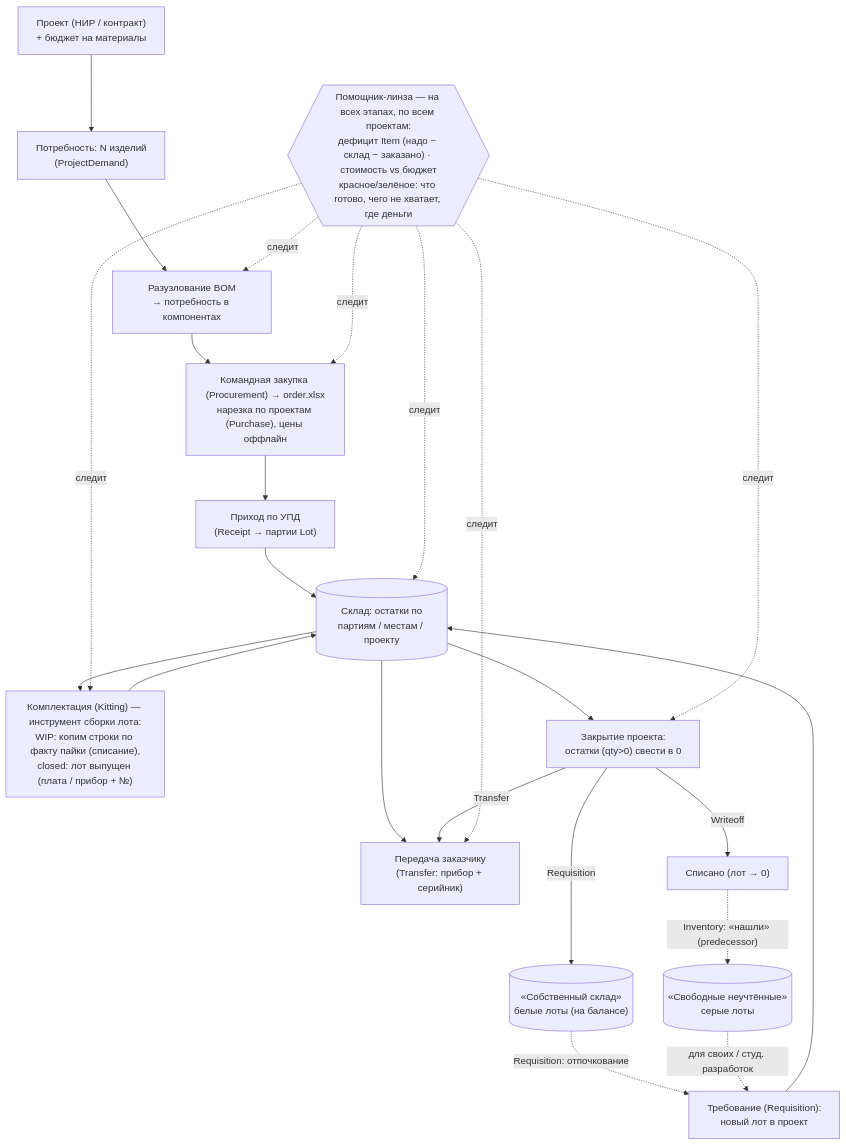
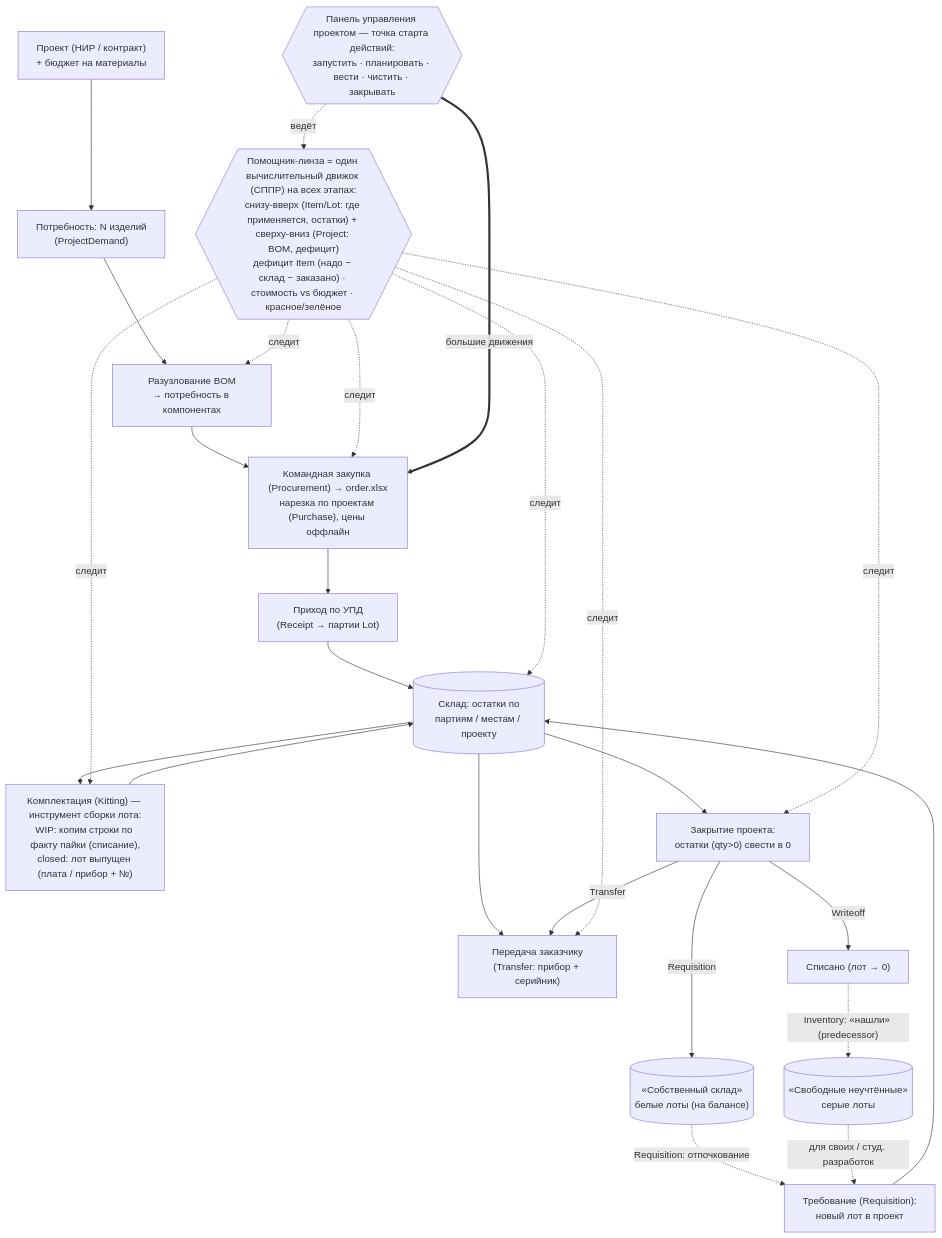
Before and after one commit to ivanpotylitcyn/plume: the first of 2 diagrams in README.md, drawn with Mermaid. The commit also changed other lines of this file and 2 other files, not shown here.

Commit message:
Проявился движок СППР

````diff
--- a/README.md
+++ b/README.md
@@ -44,31 +44,34 @@
 ```mermaid
 flowchart TD
   P["Проект (НИР / контракт)<br/>+ бюджет на материалы"] --> D["Потребность: N изделий<br/>(ProjectDemand)"]
   D --> B["Разузлование BOM<br/>→ потребность в компонентах"]
   B --> ORD["Командная закупка (Procurement) → order.xlsx<br/>нарезка по проектам (Purchase), цены оффлайн"]
   ORD --> UPD["Приход по УПД<br/>(Receipt → партии Lot)"]
   UPD --> W
 
   W[("Склад: остатки по<br/>партиям / местам / проекту")]
   W --> KIT["Комплектация (Kitting) — инструмент сборки лота:<br/>WIP: копим строки по факту пайки (списание),<br/>closed: лот выпущен (плата / прибор + №)"]
   KIT --> W
   W --> T["Передача заказчику<br/>(Transfer: прибор + серийник)"]
 
   W --> CLOSE["Закрытие проекта:<br/>остатки (qty>0) свести в 0"]
   CLOSE -->|Transfer| T
   CLOSE -->|Writeoff| WOFF["Списано (лот → 0)"]
   CLOSE -->|Requisition| WHITE[("«Собственный склад»<br/>белые лоты (на балансе)")]
   WOFF -.->|"Inventory: «нашли» (predecessor)"| GRAY[("«Свободные неучтённые»<br/>серые лоты")]
 
   WHITE -.->|"Requisition: отпочкование"| REQ["Требование (Requisition):<br/>новый лот в проект"]
   GRAY -.->|"для своих / студ. разработок"| REQ
   REQ --> W
 
-  LENS{{"Помощник-линза — на всех этапах, по всем проектам:<br/>дефицит Item (надо − склад − заказано) · стоимость vs бюджет<br/>красное/зелёное: что готово, чего не хватает, где деньги"}}
+  LENS{{"Помощник-линза = один вычислительный движок (СППР) на всех этапах:<br/>снизу-вверх (Item/Lot: где применяется, остатки) + сверху-вниз (Project: BOM, дефицит)<br/>дефицит Item (надо − склад − заказано) · стоимость vs бюджет · красное/зелёное"}}
+  DASH{{"Панель управления проектом — точка старта действий:<br/>запустить · планировать · вести · чистить · закрывать"}}
   LENS -. следит .-> B
   LENS -. следит .-> ORD
   LENS -. следит .-> W
   LENS -. следит .-> KIT
   LENS -. следит .-> T
   LENS -. следит .-> CLOSE
+  DASH -. ведёт .-> LENS
+  DASH ==>|"большие движения"| ORD
 ```
````
